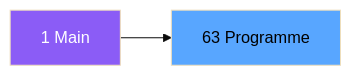
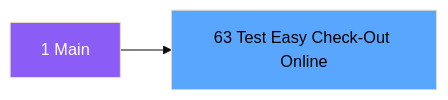
The second of 3 diagrams in .openspec/specs/ADH-IDE-63.md (thonyAGP/magic-migration), drawn with Mermaid (base theme) before and after one commit. The commit also changed other lines of this file and 323 other files, not shown here.

````diff
--- a/.openspec/specs/ADH-IDE-63.md
+++ b/.openspec/specs/ADH-IDE-63.md
@@ -105,8 +119,8 @@
 ```mermaid
 graph LR
     M[1 Main]
-    T[63 Programme]
+    T[63 Test Easy Check-Out Online]
     M --> T
     style M fill:#8b5cf6,color:#fff
     style T fill:#58a6ff,color:#000
 ```
````
